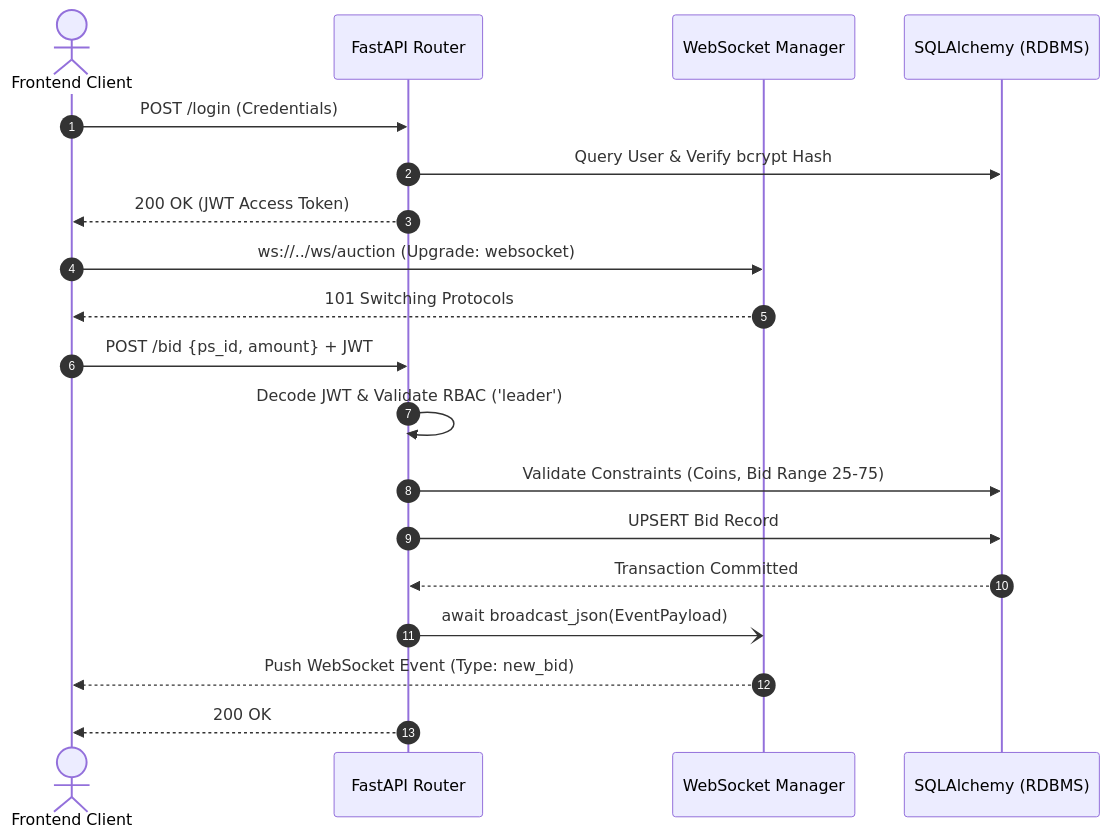
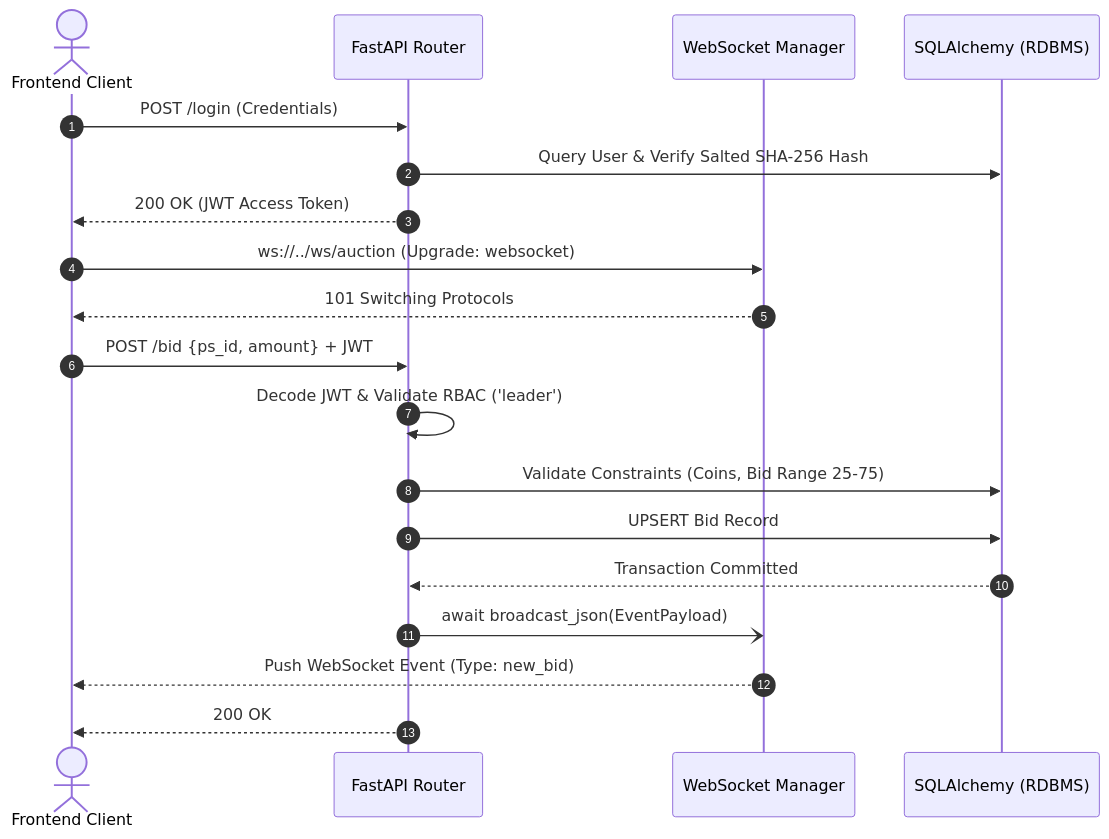
The second of 2 diagrams in Backend/README.md (XIEAA-hackathon/demo-repository), drawn with Mermaid before and after one commit. The commit also changed other lines of this file and 63 other files, not shown here.

````diff
--- a/Backend/README.md
+++ b/Backend/README.md
@@ -95,29 +95,29 @@
 ```mermaid
 sequenceDiagram
     autonumber
     actor Client as Frontend Client
     participant API as FastAPI Router
     participant WS as WebSocket Manager
     participant DB as SQLAlchemy (RDBMS)
 
     %% Authentication Phase
     Client->>API: POST /login (Credentials)
-    API->>DB: Query User & Verify bcrypt Hash
+    API->>DB: Query User & Verify Salted SHA-256 Hash
     API-->>Client: 200 OK (JWT Access Token)
 
     %% WebSocket Handshake
     Client->>WS: ws://../ws/auction (Upgrade: websocket)
     WS-->>Client: 101 Switching Protocols
 
     %% Transaction Phase
     Client->>API: POST /bid {ps_id, amount} + JWT
     API->>API: Decode JWT & Validate RBAC ('leader')
     API->>DB: Validate Constraints (Coins, Bid Range 25-75)
     API->>DB: UPSERT Bid Record
     DB-->>API: Transaction Committed
     
     %% Asynchronous Broadcast
     API-)WS: await broadcast_json(EventPayload)
     WS-->>Client: Push WebSocket Event (Type: new_bid)
     API-->>Client: 200 OK
 ```
````
